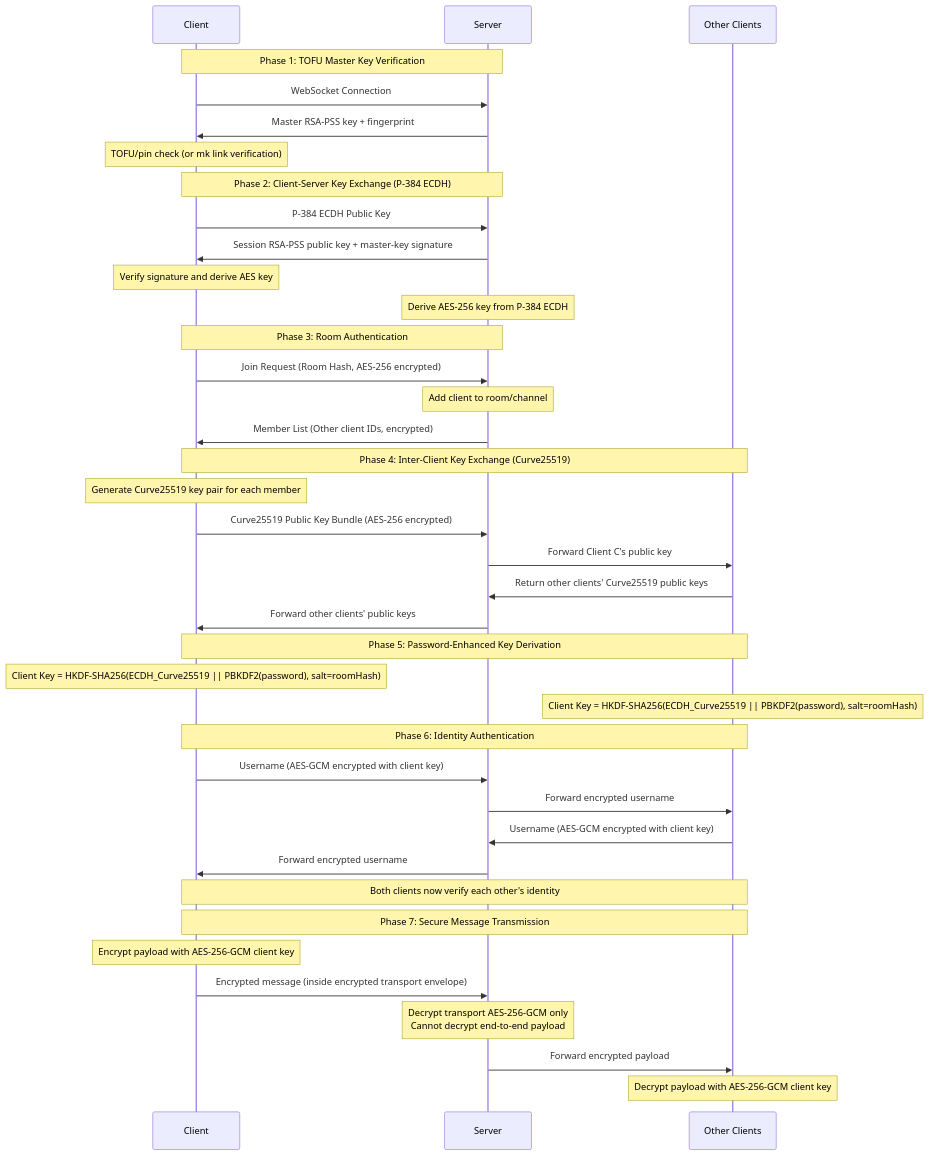
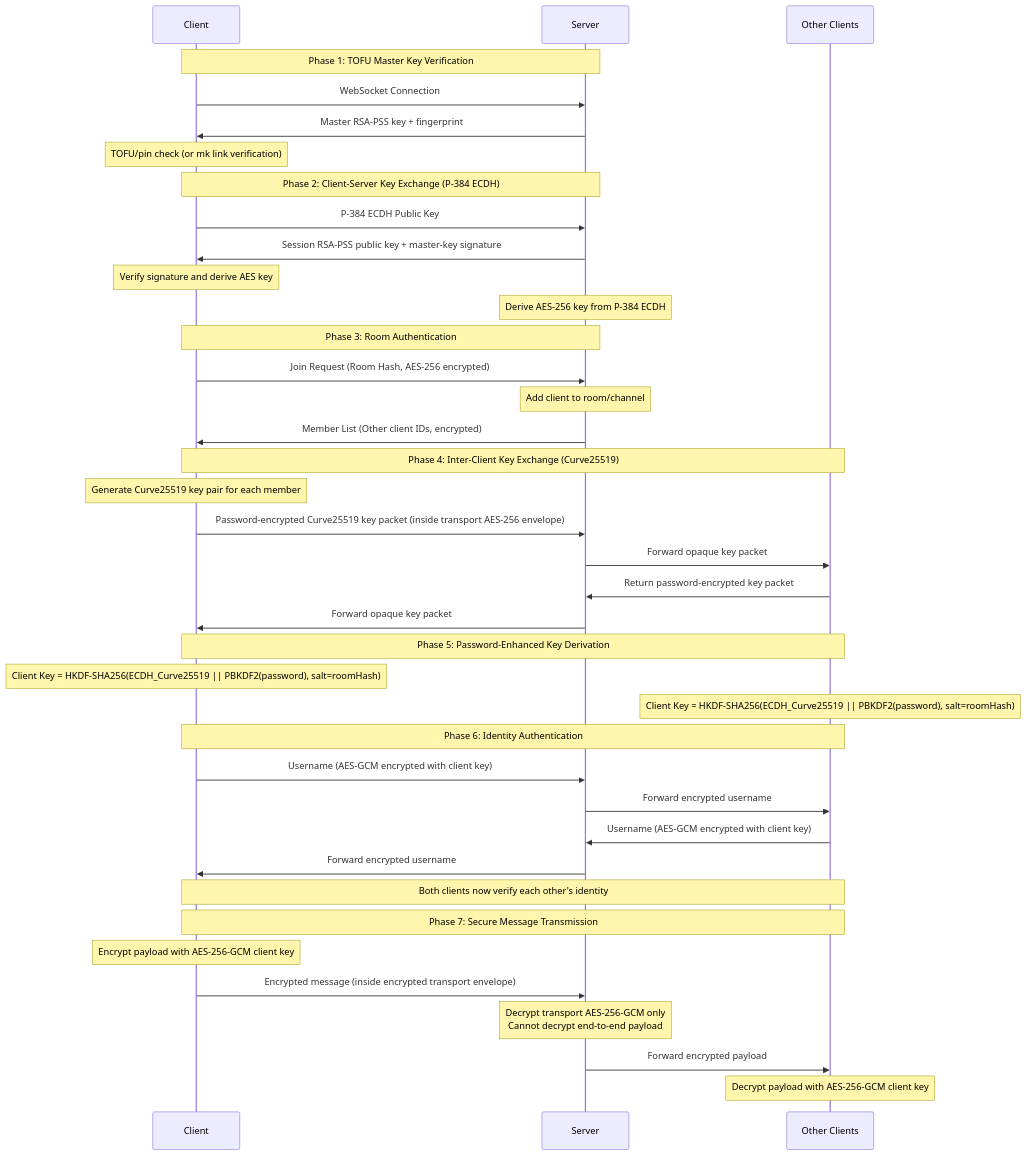
Before and after one commit to moshiax/nodecrypt: the diagram in README.md, drawn with Mermaid. The commit also changed other lines of this file and 1 other file, not shown here.

Commit message:
Fix untrusted server x25519 public keys MITM possibility

````diff
--- a/README.md
+++ b/README.md
@@ -75,47 +75,47 @@
 ```mermaid
 sequenceDiagram
     participant C as Client
     participant S as Server
     participant O as Other Clients
 
     Note over C,S: Phase 1: TOFU Master Key Verification
     C->>S: WebSocket Connection
     S->>C: Master RSA-PSS key + fingerprint
     Note over C: TOFU/pin check (or mk link verification)
     
     Note over C,S: Phase 2: Client-Server Key Exchange (P-384 ECDH)
     C->>S: P-384 ECDH Public Key
     S->>C: Session RSA-PSS public key + master-key signature
     Note over C: Verify signature and derive AES key
     Note over S: Derive AES-256 key from P-384 ECDH
     
     Note over C,S: Phase 3: Room Authentication
     C->>S: Join Request (Room Hash, AES-256 encrypted)
     Note over S: Add client to room/channel
     S->>C: Member List (Other client IDs, encrypted)
     
     Note over C,O: Phase 4: Inter-Client Key Exchange (Curve25519)
     Note over C: Generate Curve25519 key pair for each member
-    C->>S: Curve25519 Public Key Bundle (AES-256 encrypted)
-    S->>O: Forward Client C's public key
-    O->>S: Return other clients' Curve25519 public keys
-    S->>C: Forward other clients' public keys
+    C->>S: Password-encrypted Curve25519 key packet (inside transport AES-256 envelope)
+    S->>O: Forward opaque key packet
+    O->>S: Return password-encrypted key packet
+    S->>C: Forward opaque key packet
     
     Note over C,O: Phase 5: Password-Enhanced Key Derivation
     Note over C: Client Key = HKDF-SHA256(ECDH_Curve25519 || PBKDF2(password), salt=roomHash)
     Note over O: Client Key = HKDF-SHA256(ECDH_Curve25519 || PBKDF2(password), salt=roomHash)
     
     Note over C,O: Phase 6: Identity Authentication
     C->>S: Username (AES-GCM encrypted with client key)
     S->>O: Forward encrypted username
     O->>S: Username (AES-GCM encrypted with client key)
     S->>C: Forward encrypted username
     Note over C,O: Both clients now verify each other's identity
     
     Note over C,O: Phase 7: Secure Message Transmission
     Note over C: Encrypt payload with AES-256-GCM client key
     C->>S: Encrypted message (inside encrypted transport envelope)
     Note over S: Decrypt transport AES-256-GCM only<br/>Cannot decrypt end-to-end payload
     S->>O: Forward encrypted payload
     Note over O: Decrypt payload with AES-256-GCM client key
 ```
````
